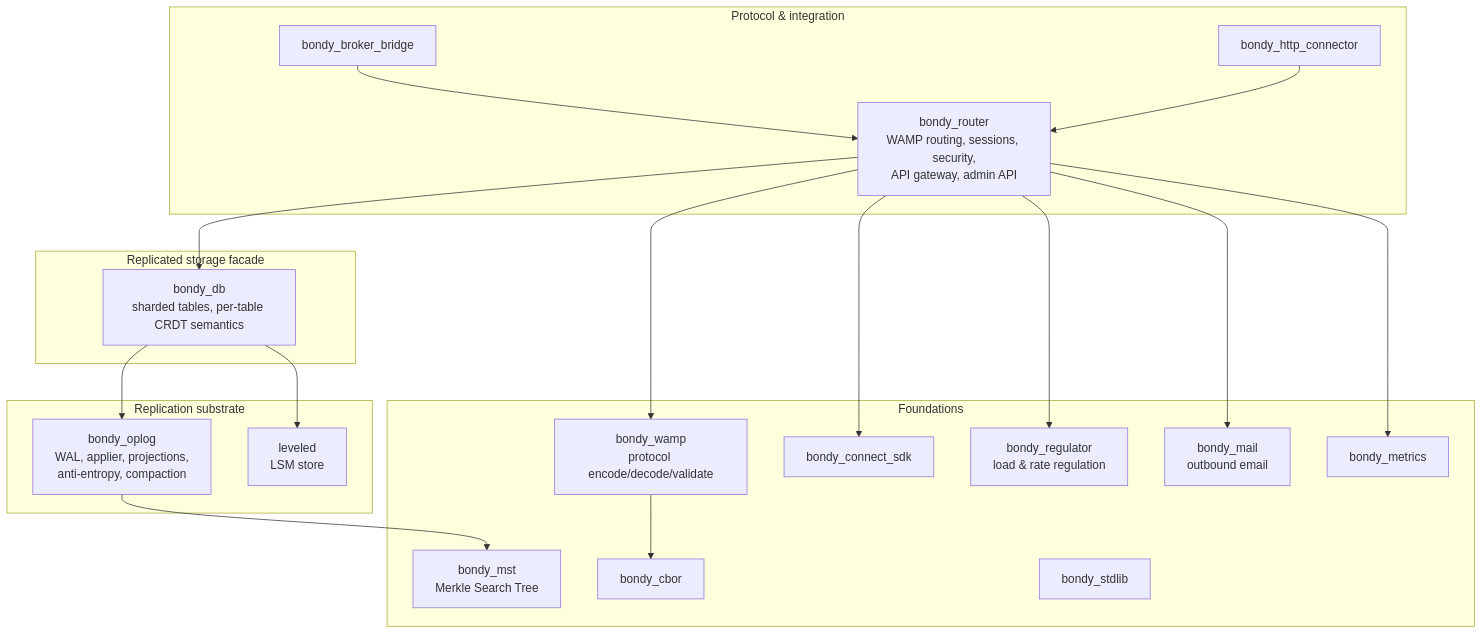
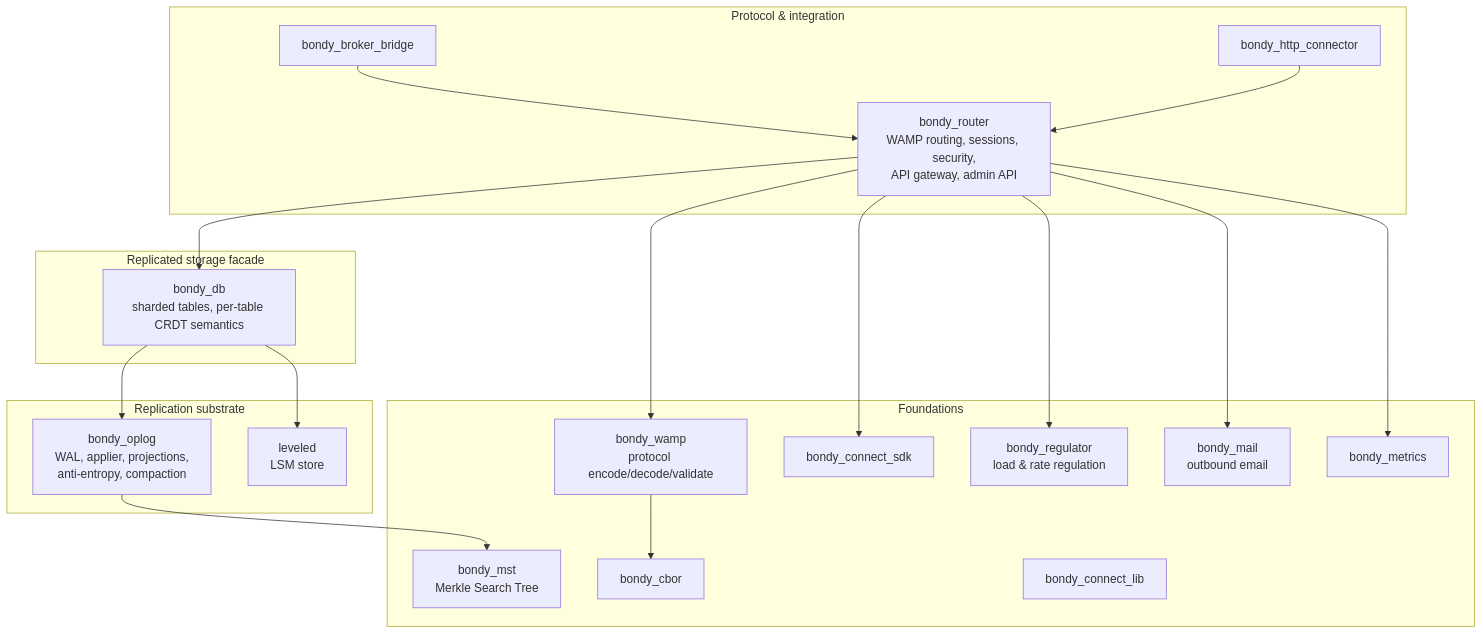
The diagram in doc/guides/architecture/view_module_decomposition.md (bondy-io/bondy), drawn with Mermaid before and after one commit. The commit also changed other lines of this file and 294 other files, not shown here.

````diff
--- a/doc/guides/architecture/view_module_decomposition.md
+++ b/doc/guides/architecture/view_module_decomposition.md
@@ -11,37 +11,37 @@
 ```mermaid
 flowchart TD
     subgraph L4["Protocol & integration"]
         ROUTER[bondy_router<br/>WAMP routing, sessions, security,<br/>API gateway, admin API]
         BRIDGE[bondy_broker_bridge]
         HTTPC[bondy_http_connector]
     end
     subgraph L3["Replicated storage facade"]
         DB[bondy_db<br/>sharded tables, per-table CRDT semantics]
     end
     subgraph L2["Replication substrate"]
         OPLOG[bondy_oplog<br/>WAL, applier, projections,<br/>anti-entropy, compaction]
         LEVELED[leveled<br/>LSM store]
     end
     subgraph L1["Foundations"]
         MST[bondy_mst<br/>Merkle Search Tree]
         WAMP[bondy_wamp<br/>protocol encode/decode/validate]
         CBOR[bondy_cbor]
         CONNECT[bondy_connect_sdk]
         REG[bondy_regulator<br/>load & rate regulation]
         MAIL[bondy_mail<br/>outbound email]
         METRICS[bondy_metrics]
-        STDLIB[bondy_stdlib]
+        STDLIB[bondy_connect_lib]
     end
     ROUTER --> DB
     ROUTER --> WAMP
     ROUTER --> CONNECT
     ROUTER --> REG
     ROUTER --> MAIL
     ROUTER --> METRICS
     WAMP --> CBOR
     BRIDGE --> ROUTER
     HTTPC --> ROUTER
     DB --> OPLOG
     DB --> LEVELED
     OPLOG --> MST
 ```
````
